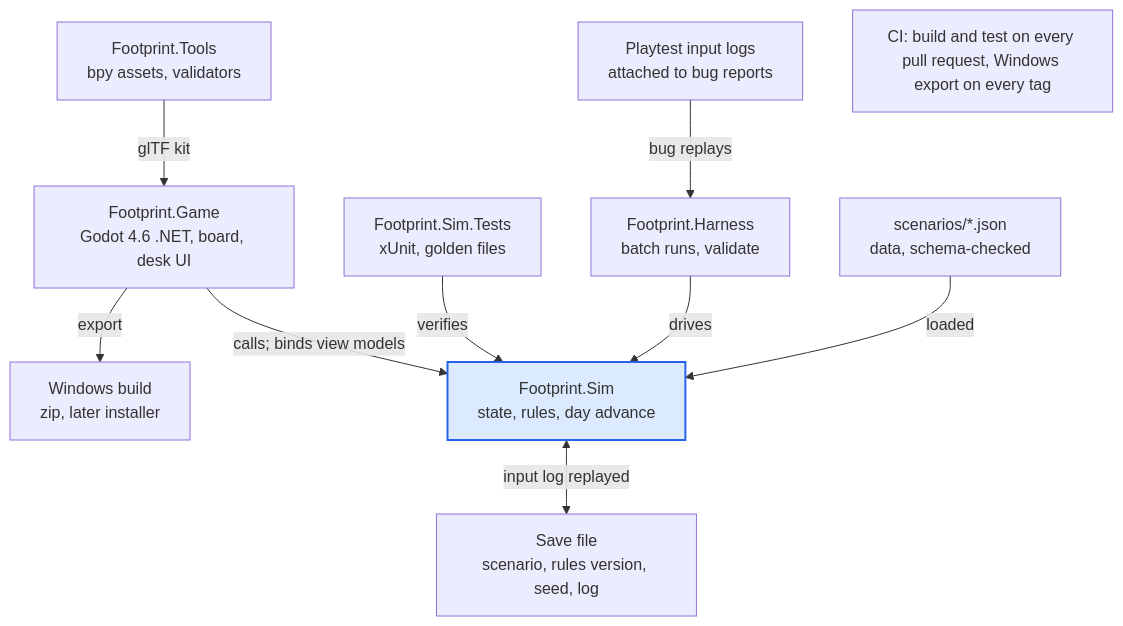
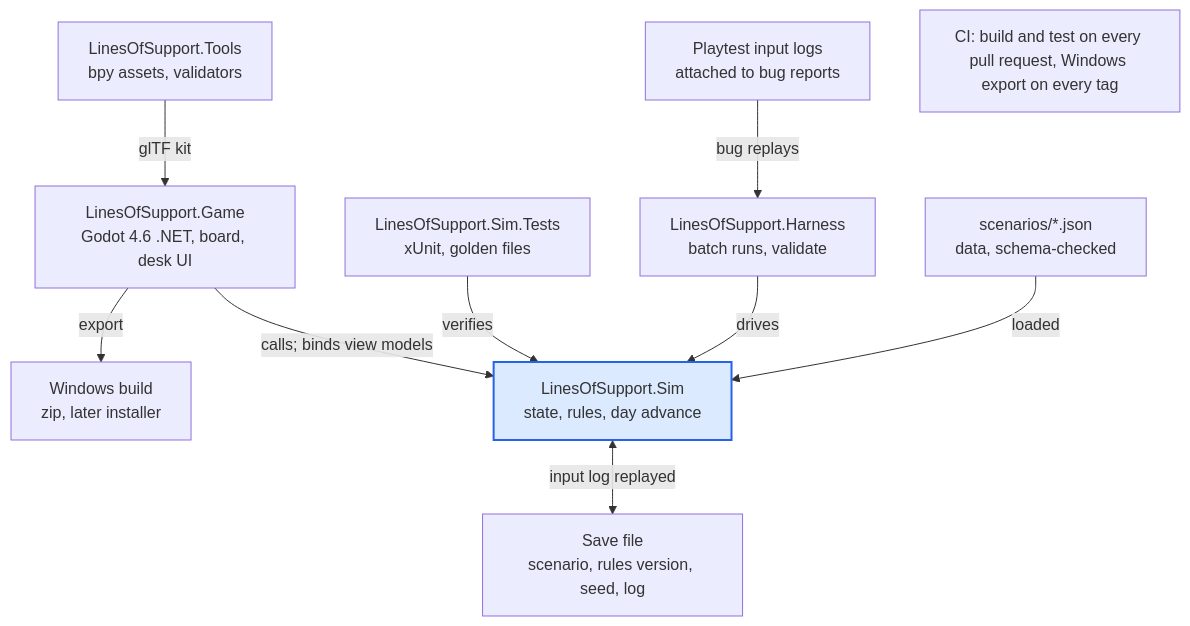
One commit to nhazelett/ocs-game changed the second of 3 diagrams in docs/SPEC.md. Above: the diagram before and after it, drawn with Mermaid. The commit also changed other lines of this file and 13 other files, not shown here.

First line of the commit message:
Title: OCS: Lines of Support; rename code names; accept ADR-0001 to 0003; chat channel rule

````diff
--- a/docs/SPEC.md
+++ b/docs/SPEC.md
@@ -321,13 +321,13 @@
 ```mermaid
 flowchart TB
-    TOOLS[Footprint.Tools<br/>bpy assets, validators] -->|glTF kit| GAME[Footprint.Game<br/>Godot 4.6 .NET, board, desk UI]
+    TOOLS[LinesOfSupport.Tools<br/>bpy assets, validators] -->|glTF kit| GAME[LinesOfSupport.Game<br/>Godot 4.6 .NET, board, desk UI]
     GAME -->|export| BUILD[Windows build<br/>zip, later installer]
-    GAME -->|calls; binds view models| SIM[Footprint.Sim<br/>state, rules, day advance]
-    TESTS[Footprint.Sim.Tests<br/>xUnit, golden files] -->|verifies| SIM
-    HARN[Footprint.Harness<br/>batch runs, validate] -->|drives| SIM
+    GAME -->|calls; binds view models| SIM[LinesOfSupport.Sim<br/>state, rules, day advance]
+    TESTS[LinesOfSupport.Sim.Tests<br/>xUnit, golden files] -->|verifies| SIM
+    HARN[LinesOfSupport.Harness<br/>batch runs, validate] -->|drives| SIM
     SCEN[scenarios/*.json<br/>data, schema-checked] -->|loaded| SIM
     SIM <-->|input log replayed| SAVE[Save file<br/>scenario, rules version, seed, log]
     LOGS[Playtest input logs<br/>attached to bug reports] -->|bug replays| HARN
     CI[CI: build and test on every pull request, Windows export on every tag]
     style SIM fill:#dbeafe,stroke:#2563eb,stroke-width:2px
 ```
````
